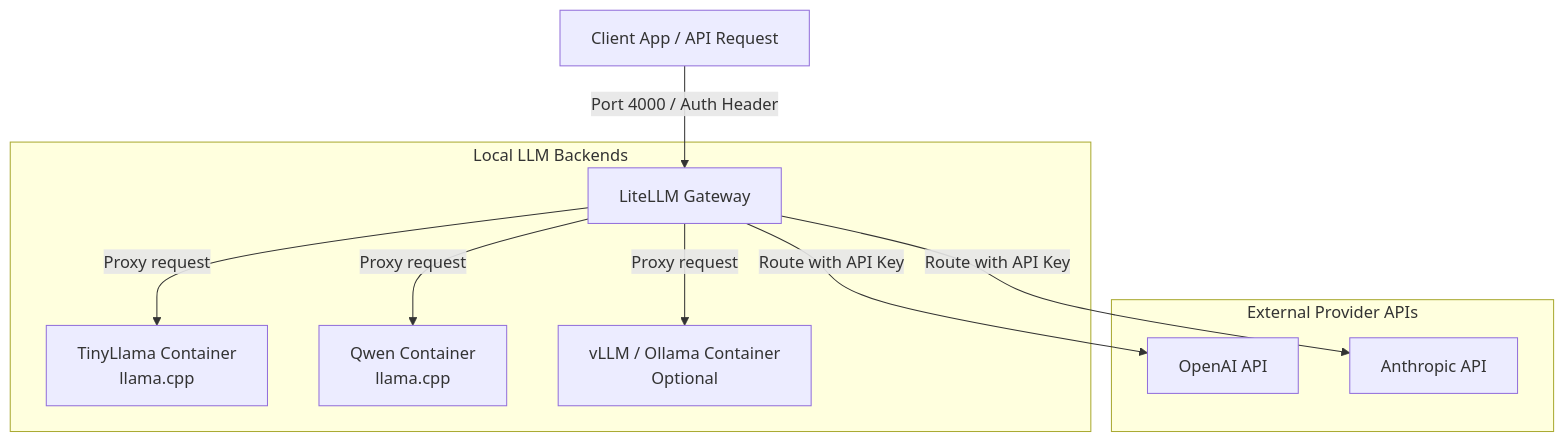
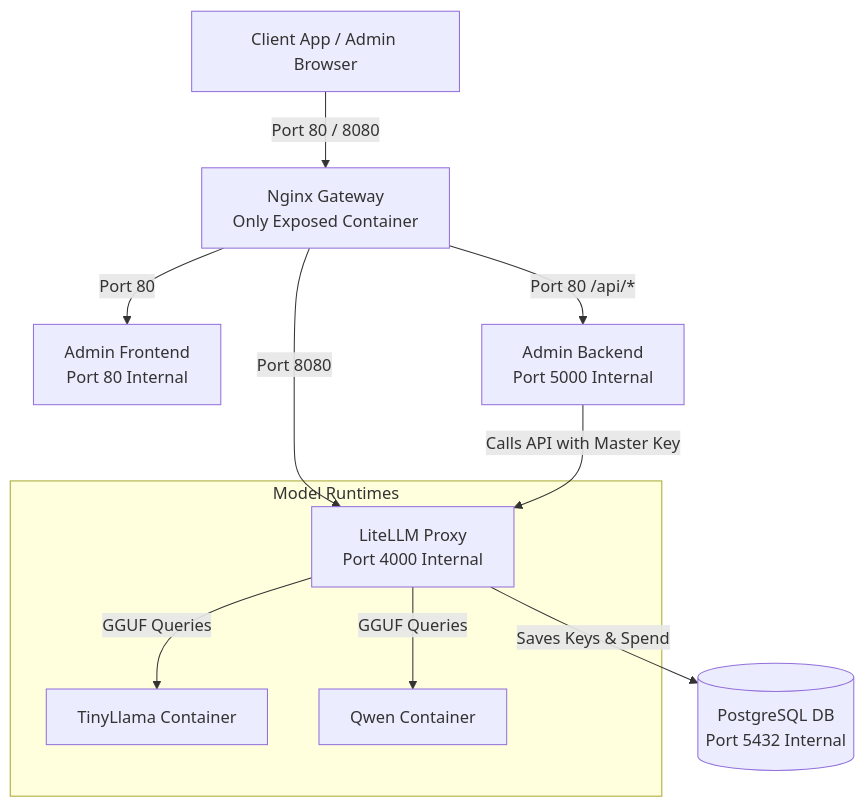
Before and after one commit to AzPepoze/litellm-llamacpp-setup: the diagram in README.md, drawn with Mermaid. The commit also changed other lines of this file and 9 other files, not shown here.

````diff
--- a/README.md
+++ b/README.md
@@ -22,15 +24,16 @@
 ```mermaid
 graph TD
-    Client[Client App / API Request] -->|Port 4000 / Auth Header| LiteLLM[LiteLLM Gateway]
+    Client[Client App / Admin Browser] -->|Port 80 / 8080| Nginx[Nginx Gateway<br/>Only Exposed Container]
     
-    subgraph Local LLM Backends
-        LiteLLM -->|Proxy request| TinyLlama[TinyLlama Container<br/>llama.cpp]
-        LiteLLM -->|Proxy request| Qwen[Qwen Container<br/>llama.cpp]
-        LiteLLM -->|Proxy request| vLLM[vLLM / Ollama Container<br/>Optional]
-    end
-
-    subgraph External Provider APIs
-        LiteLLM -->|Route with API Key| OpenAI[OpenAI API]
-        LiteLLM -->|Route with API Key| Anthropic[Anthropic API]
+    Nginx -->|Port 8080| LiteLLM[LiteLLM Proxy<br/>Port 4000 Internal]
+    Nginx -->|Port 80| Frontend[Admin Frontend<br/>Port 80 Internal]
+    Nginx -->|Port 80 /api/*| Backend[Admin Backend<br/>Port 5000 Internal]
+    
+    Backend -->|Calls API with Master Key| LiteLLM
+    LiteLLM -->|Saves Keys & Spend| Postgres[(PostgreSQL DB<br/>Port 5432 Internal)]
+    
+    subgraph Model Runtimes
+        LiteLLM -->|GGUF Queries| TinyLlama[TinyLlama Container]
+        LiteLLM -->|GGUF Queries| Qwen[Qwen Container]
     end
 ```
````
